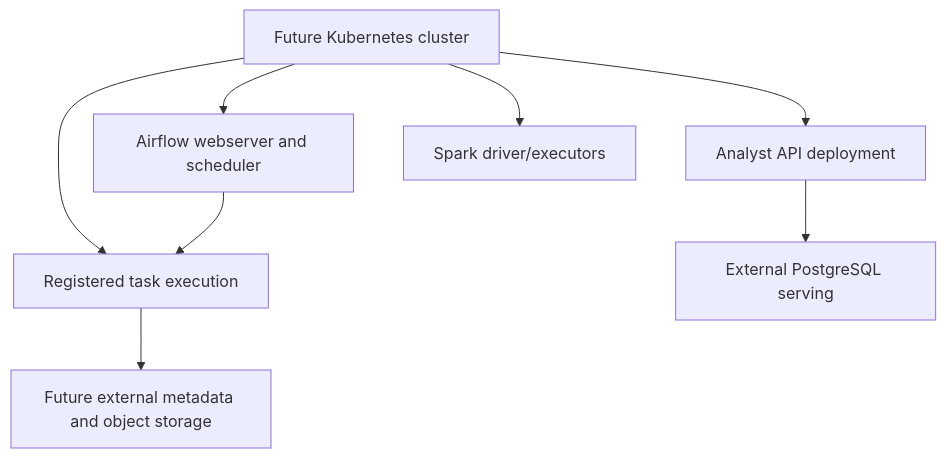
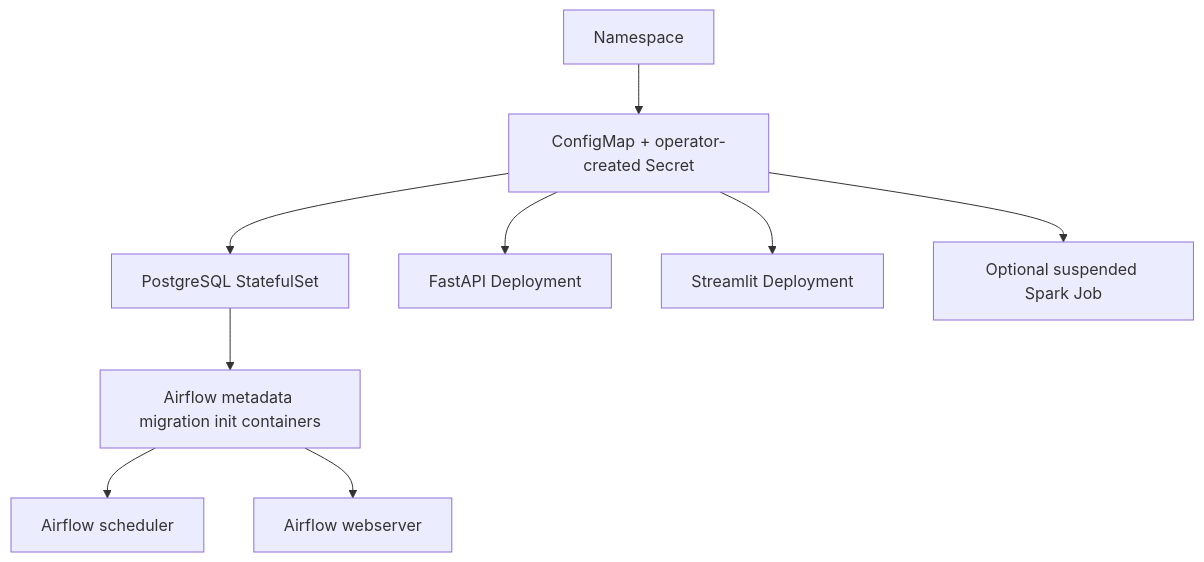
One commit to vdeeplearning/agentic_healthcare_data_platform changed diagram 49 of 54 in README.md. Above: the diagram before and after it, drawn with Mermaid. The commit also changed other lines of this file and 6 other files, not shown here.

````diff
--- a/README.md
+++ b/README.md
@@ -2187,10 +2234,11 @@
 ```mermaid
 flowchart TD
- K["Future Kubernetes cluster"] --> API["Analyst API deployment"]
- K --> AW["Airflow webserver and scheduler"]
- K --> WORK["Registered task execution"]
- K --> SPARK["Spark driver/executors"]
- AW --> WORK
- WORK --> EXT["Future external metadata and object storage"]
- API --> PG["External PostgreSQL serving"]
+ NS["Namespace"] --> CFG["ConfigMap + operator-created Secret"]
+ CFG --> PG["PostgreSQL StatefulSet"]
+ PG --> AM["Airflow metadata migration init containers"]
+ AM --> AS["Airflow scheduler"]
+ AM --> AW["Airflow webserver"]
+ CFG --> API["FastAPI Deployment"]
+ CFG --> UI["Streamlit Deployment"]
+ CFG --> SJ["Optional suspended Spark Job"]
 ```
````
